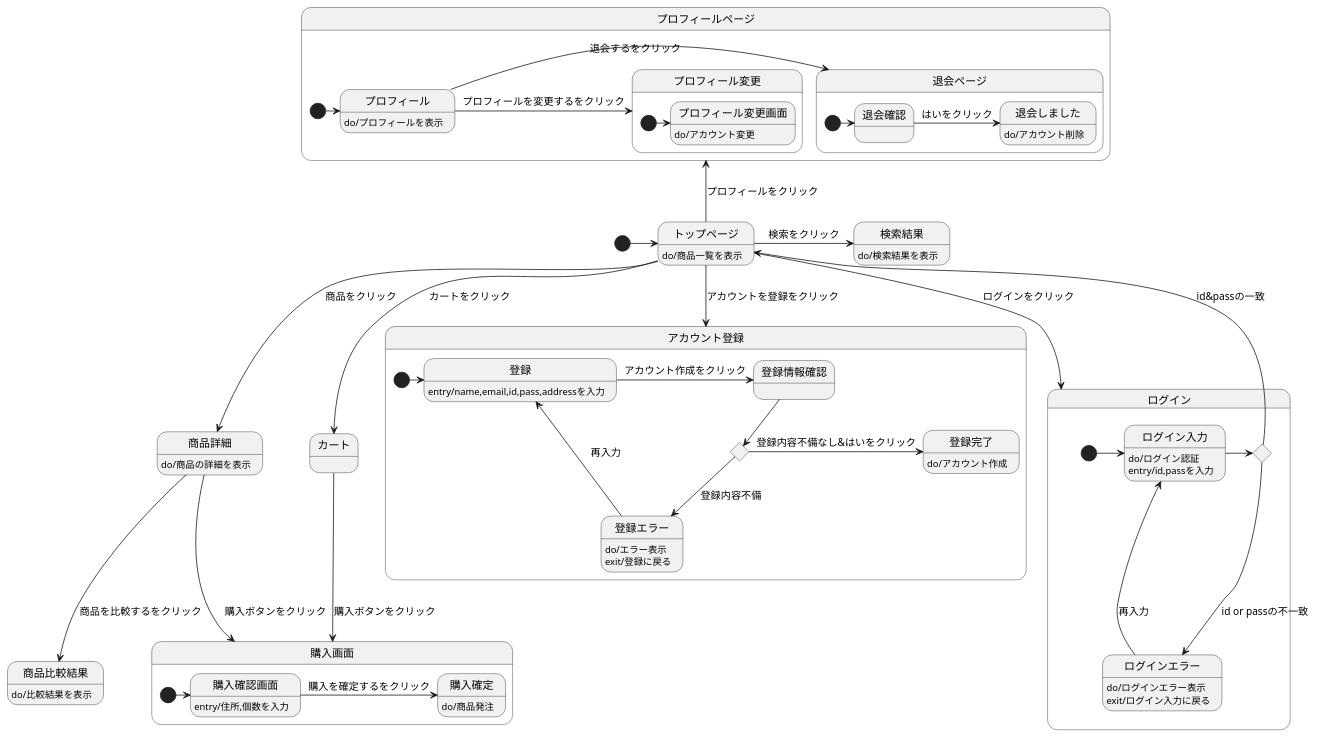
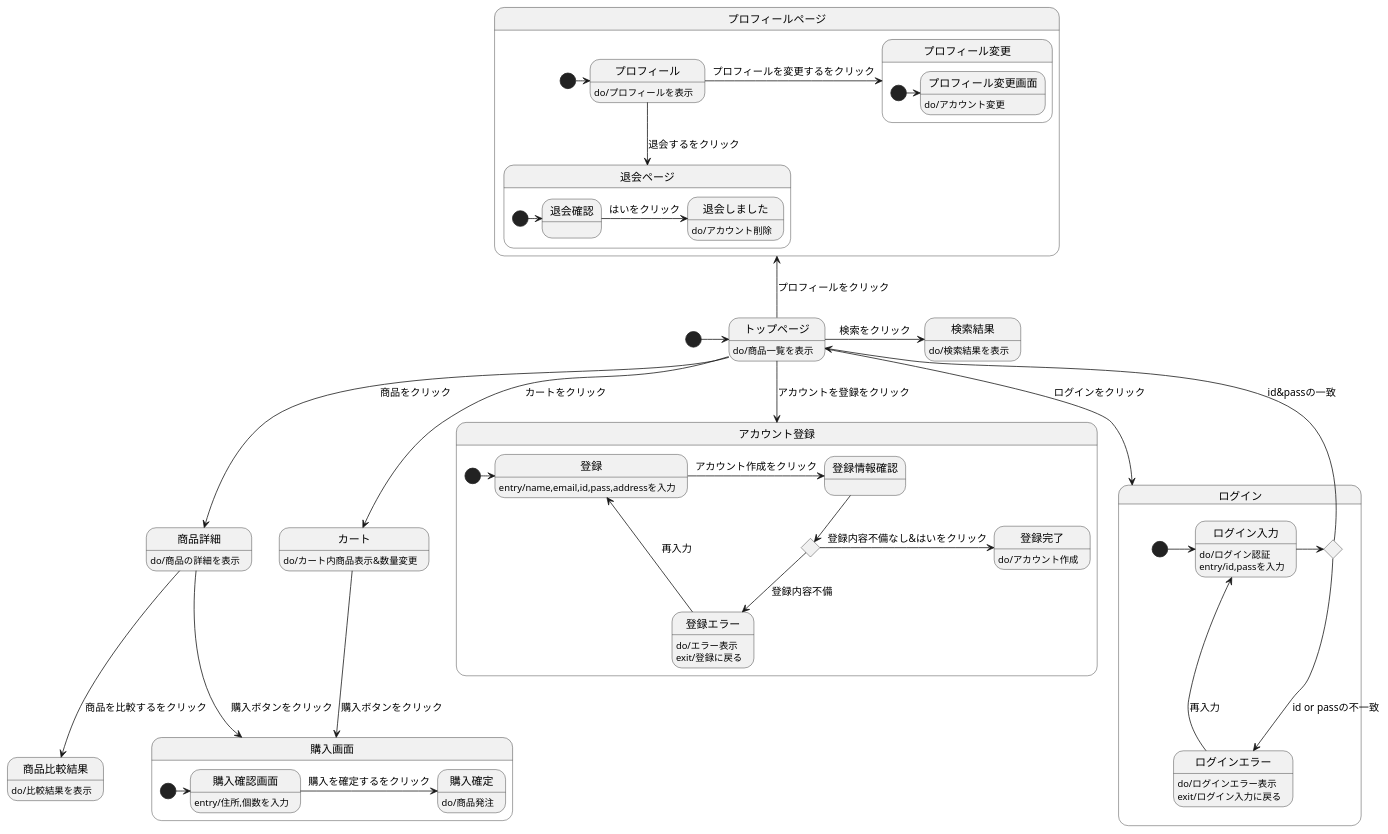
Before and after one commit to Aso2001159/2021sys-design: the diagram in stm01.md, drawn with PlantUML.

````diff
--- a/stm01.md
+++ b/stm01.md
@@ -1,67 +1,68 @@
 ```uml
 
 @startuml
 [*]->トップページ
 トップページ : do/商品一覧を表示
 トップページ-->商品詳細 : 商品をクリック
   商品詳細 : do/商品の詳細を表示
   商品詳細 --> 商品比較結果 : 商品を比較するをクリック
   商品比較結果 : do/比較結果を表示
   商品詳細-> 購入画面 :　購入ボタンをクリック
 トップページ-down->ログイン :ログインをクリック
 state ログイン{
   state r確認 <<choice>>
   [*] -> ログイン入力 
   ログイン入力 : do/ログイン認証
   ログイン入力 : entry/id,passを入力
   ログイン入力 -> r確認
   r確認 -> トップページ : id&passの一致
    r確認 --> ログインエラー : id or passの不一致
     ログインエラー :do/ログインエラー表示
     ログインエラー : exit/ログイン入力に戻る
   ログインエラー -> ログイン入力 : 再入力
 
 }
 トップページ-->カート :カートをクリック
 カート --> 購入画面 : 購入ボタンをクリック
+カート : do/カート内商品表示&数量変更
 state 購入画面{
   [*]-> 購入確認画面
   購入確認画面 : entry/住所,個数を入力
   購入確認画面 -> 購入確定 : 購入を確定するをクリック
   購入確定 : do/商品発注
 }
 state アカウント登録{
 [*]-> 登録 
   トップページ--> アカウント登録 :アカウントを登録をクリック
   state t確認 <<choice>>
   登録 : entry/name,email,id,pass,addressを入力
   登録 ->登録情報確認: アカウント作成をクリック
   登録情報確認 --> t確認 
   t確認 --> 登録エラー : 登録内容不備
     登録エラー : do/エラー表示
     登録エラー : exit/登録に戻る
    登録エラー -> 登録 : 再入力
   t確認 -> 登録完了: 登録内容不備なし&はいをクリック
     登録完了: do/アカウント作成
   }
 トップページ->検索結果 :検索をクリック
   検索結果 : do/検索結果を表示
 トップページ-up->プロフィールページ :プロフィールをクリック
 state プロフィールページ{
 [*] -> プロフィール
 プロフィール : do/プロフィールを表示
-  プロフィール ->退会ページ :退会するをクリック
+  プロフィール -->退会ページ :退会するをクリック
   state 退会ページ{
     [*]-> 退会確認 
     退会確認-> 退会しました : はいをクリック
       退会しました : do/アカウント削除
     }
     プロフィール -> プロフィール変更 : プロフィールを変更するをクリック
     state プロフィール変更{
       [*]-> プロフィール変更画面
       プロフィール変更画面 : do/アカウント変更
     }
  }
 @enduml
 
 ```
````
